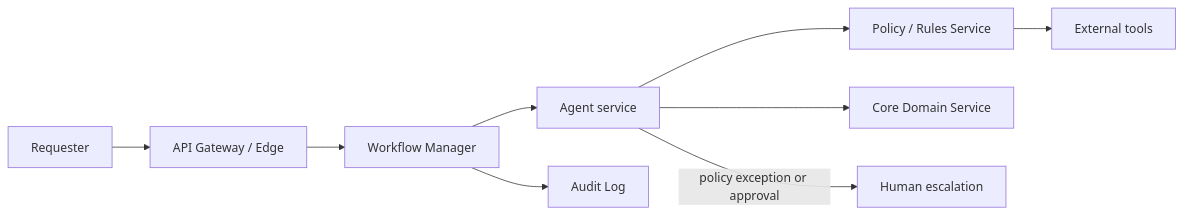
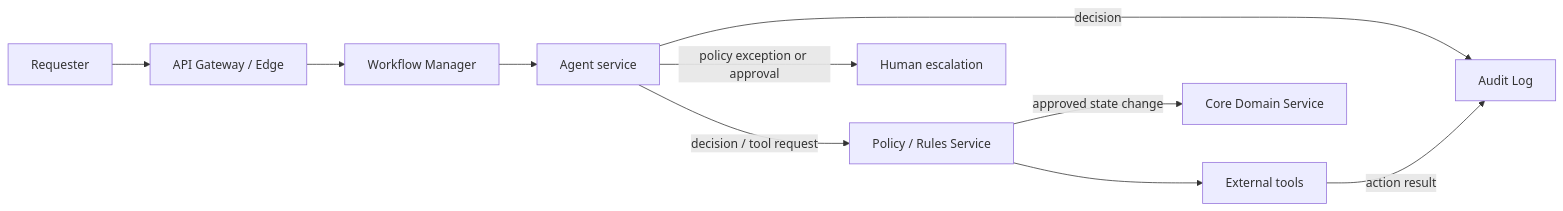
One commit to somebodywastoldme/high-level-design-skill changed the sixth of 6 diagrams in hld-ml-designer/skills/ml-system-hld/references/patterns-ml-ai.md. Above: the diagram before and after it, drawn with Mermaid.

Commit message:
fix: enforce agent policy boundary

````diff
--- a/hld-ml-designer/skills/ml-system-hld/references/patterns-ml-ai.md
+++ b/hld-ml-designer/skills/ml-system-hld/references/patterns-ml-ai.md
@@ -169,8 +169,9 @@
 ```mermaid
 flowchart LR
   requester["Requester"] --> edge["API Gateway / Edge"] --> workflow["Workflow Manager"] --> agent["Agent service"]
-  agent --> policy["Policy / Rules Service"] --> tools["External tools"]
-  agent --> domain["Core Domain Service"]
-  workflow --> audit["Audit Log"]
+  agent -->|"decision / tool request"| policy["Policy / Rules Service"] --> tools["External tools"]
+  policy -->|"approved state change"| domain["Core Domain Service"]
+  agent -->|"decision"| audit["Audit Log"]
+  tools -->|"action result"| audit
   agent -->|"policy exception or approval"| human["Human escalation"]
 ```
````
